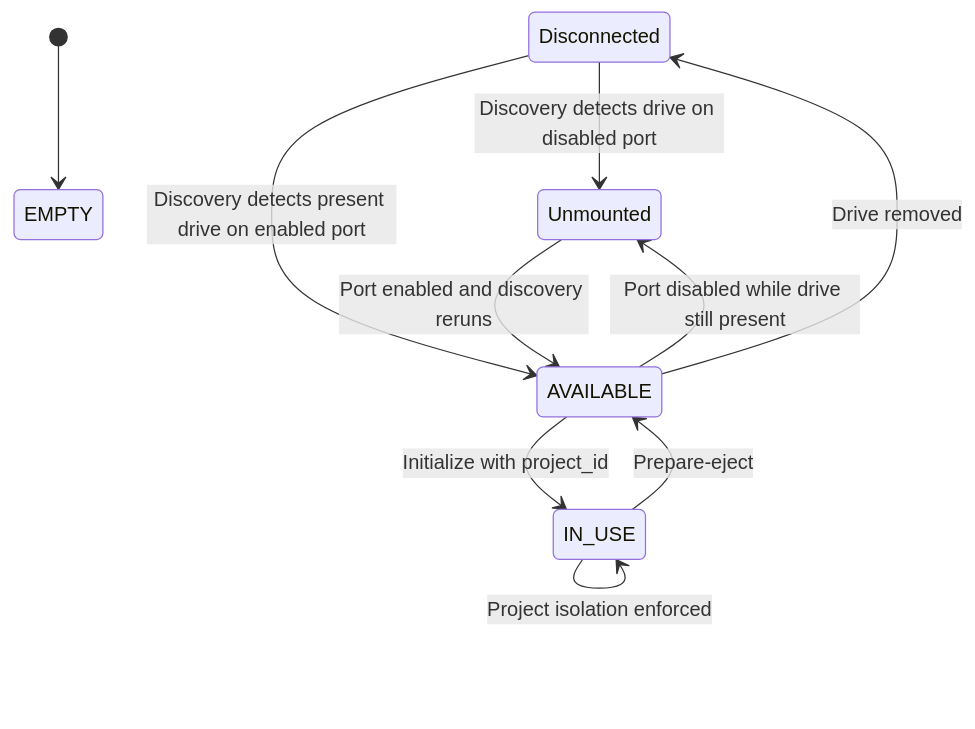
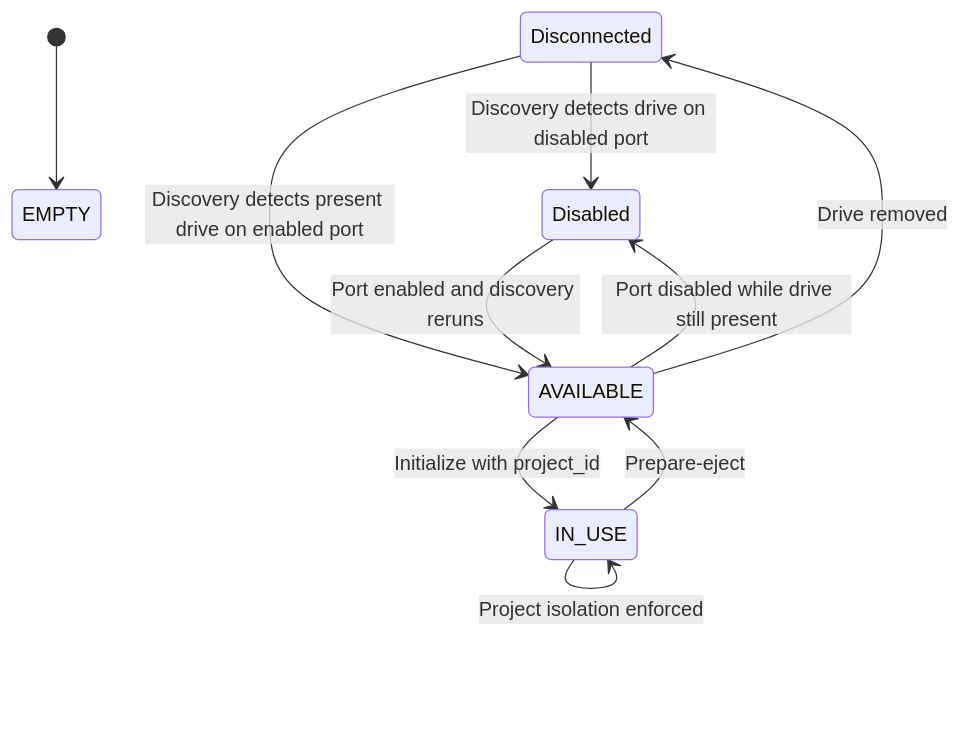
One commit to t3knoid/ecube changed the third of 4 diagrams in docs/operations/15-dba-data-model-reference.md. Above: the diagram before and after it, drawn with Mermaid. The commit also changed other lines of this file and 18 other files, not shown here.

Commit message:
Remove dead UNMOUNTED drive surfaces

````diff
--- a/docs/operations/15-dba-data-model-reference.md
+++ b/docs/operations/15-dba-data-model-reference.md
@@ -180,15 +180,15 @@
 ```mermaid
 stateDiagram-v2
   [*] --> EMPTY
-  DISCONNECTED --> UNMOUNTED: Discovery detects drive on disabled port
+  DISCONNECTED --> DISABLED: Discovery detects drive on disabled port
   DISCONNECTED --> AVAILABLE: Discovery detects present drive on enabled port
-  UNMOUNTED --> AVAILABLE: Port enabled and discovery reruns
+  DISABLED --> AVAILABLE: Port enabled and discovery reruns
   AVAILABLE --> IN_USE: Initialize with project_id
   IN_USE --> AVAILABLE: Prepare-eject
-  AVAILABLE --> UNMOUNTED: Port disabled while drive still present
+  AVAILABLE --> DISABLED: Port disabled while drive still present
   AVAILABLE --> DISCONNECTED: Drive removed
   IN_USE --> IN_USE: Project isolation enforced
 
   state "Disconnected" as DISCONNECTED
-  state "Unmounted" as UNMOUNTED
+  state "Disabled" as DISABLED
 ```
````
